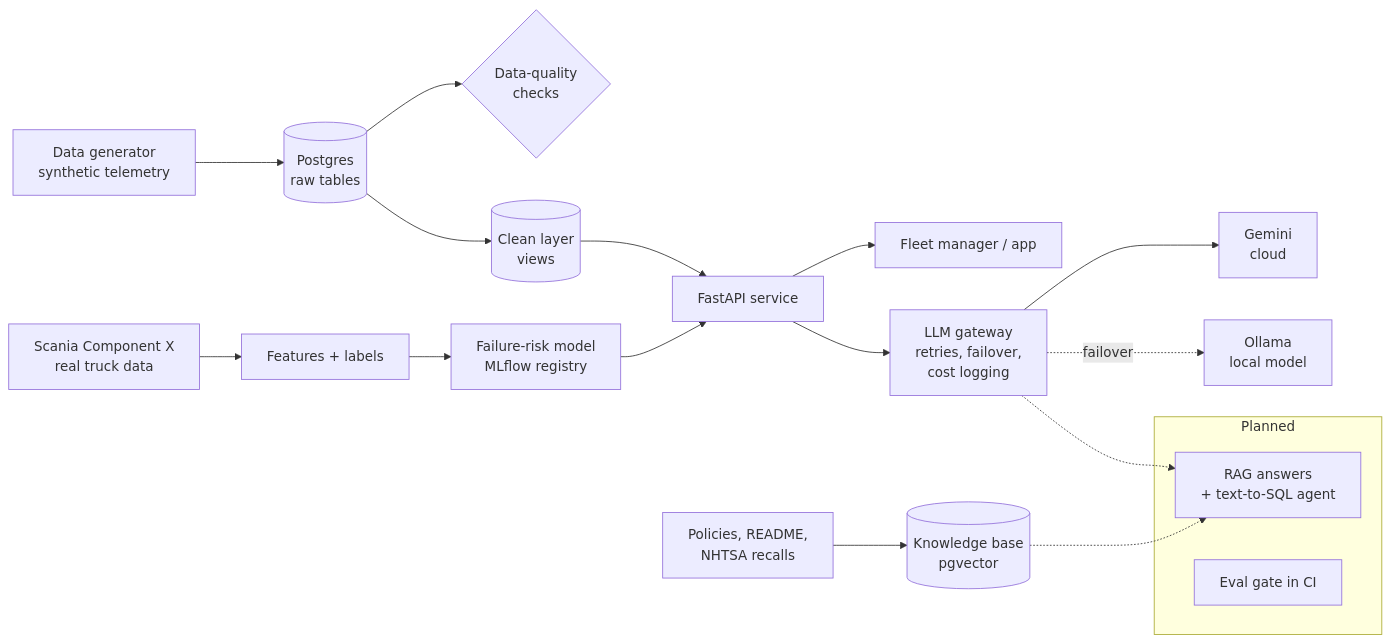
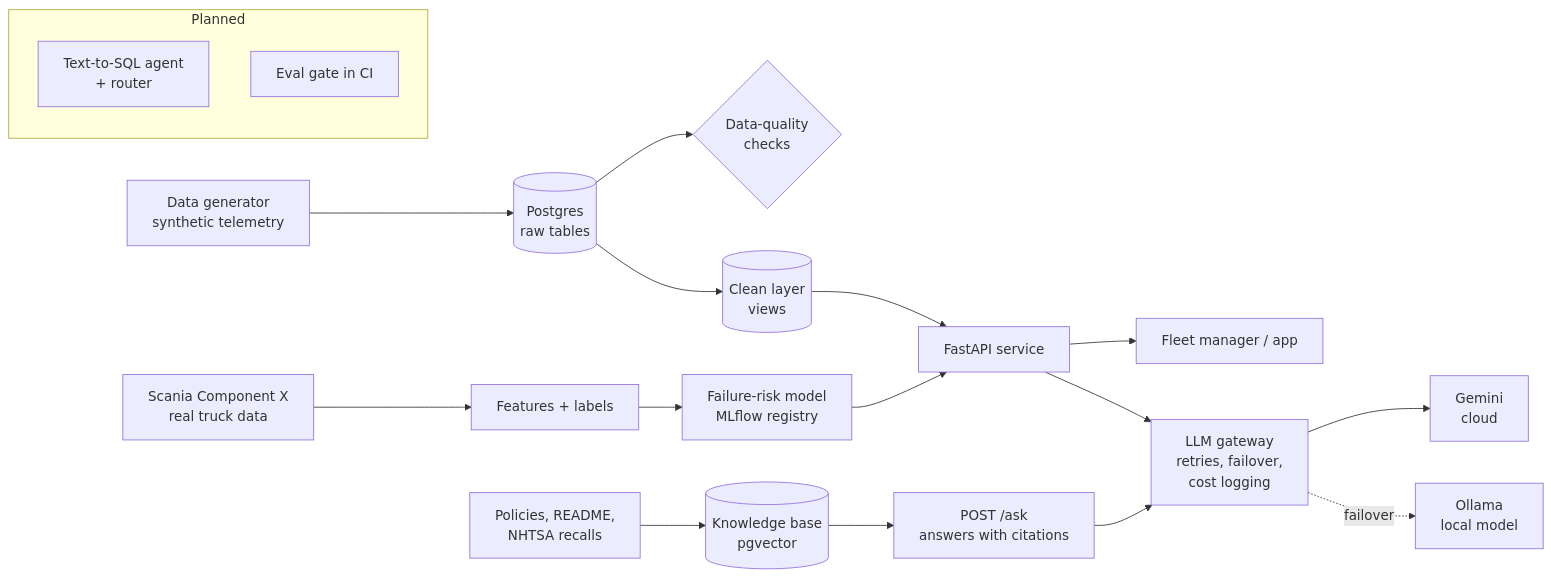
Before and after one commit to Dheebika27-99/fleetpilot: the diagram in README.md, drawn with Mermaid. The commit also changed other lines of this file and 6 other files, not shown here.

Commit message:
Add RAG answers: POST /ask with citations and an I-don't-know guard

````diff
--- a/README.md
+++ b/README.md
@@ -14,23 +14,23 @@
 ```mermaid
 flowchart LR
     G[Data generator<br/>synthetic telemetry] --> R[(Postgres<br/>raw tables)]
     R --> Q{Data-quality<br/>checks}
     R --> C[(Clean layer<br/>views)]
     C --> API[FastAPI service]
     API --> U[Fleet manager / app]
 
     S[Scania Component X<br/>real truck data] --> F[Features + labels] --> PM[Failure-risk model<br/>MLflow registry] --> API
 
     API --> GW[LLM gateway<br/>retries, failover,<br/>cost logging]
     GW --> GEM[Gemini<br/>cloud]
     GW -.failover.-> OLL[Ollama<br/>local model]
 
     D[Policies, README,<br/>NHTSA recalls] --> KB[(Knowledge base<br/>pgvector)]
+    KB --> ASK[POST /ask<br/>answers with citations]
+    ASK --> GW
 
     subgraph planned [Planned]
-        RAG[RAG answers<br/>+ text-to-SQL agent]
+        SQL[Text-to-SQL agent<br/>+ router]
         EV[Eval gate in CI]
     end
-    KB -.-> RAG
-    GW -.-> RAG
 ```
````
